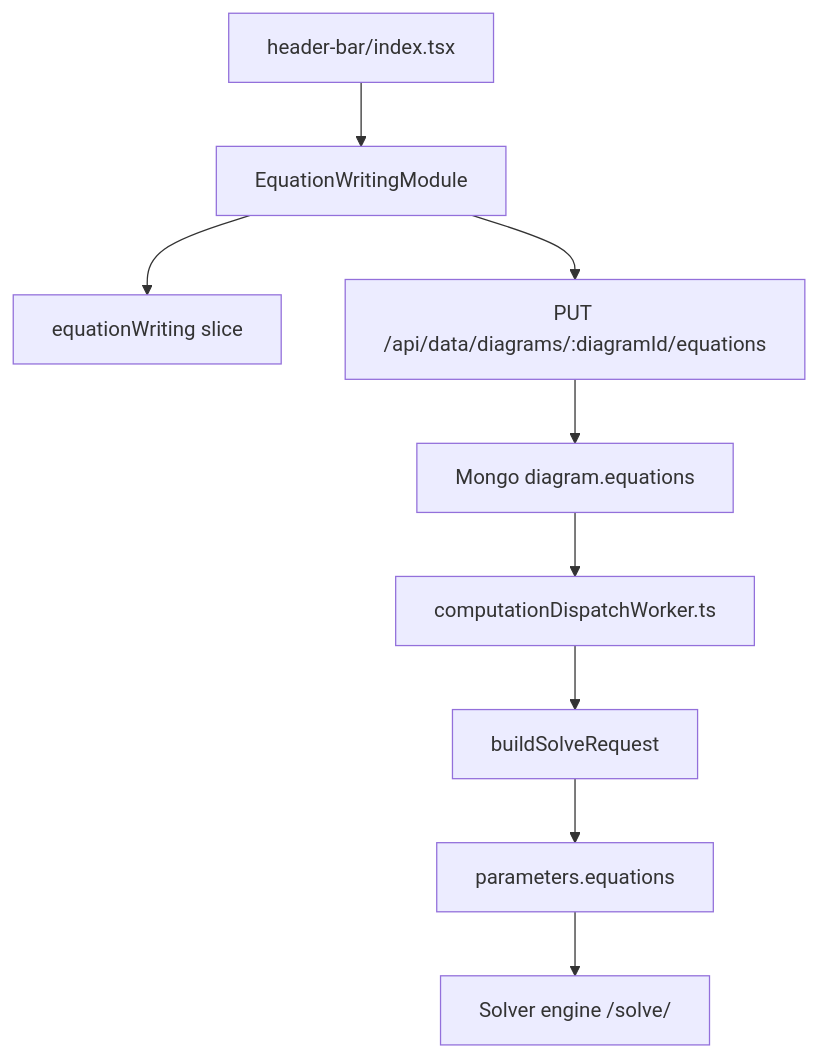
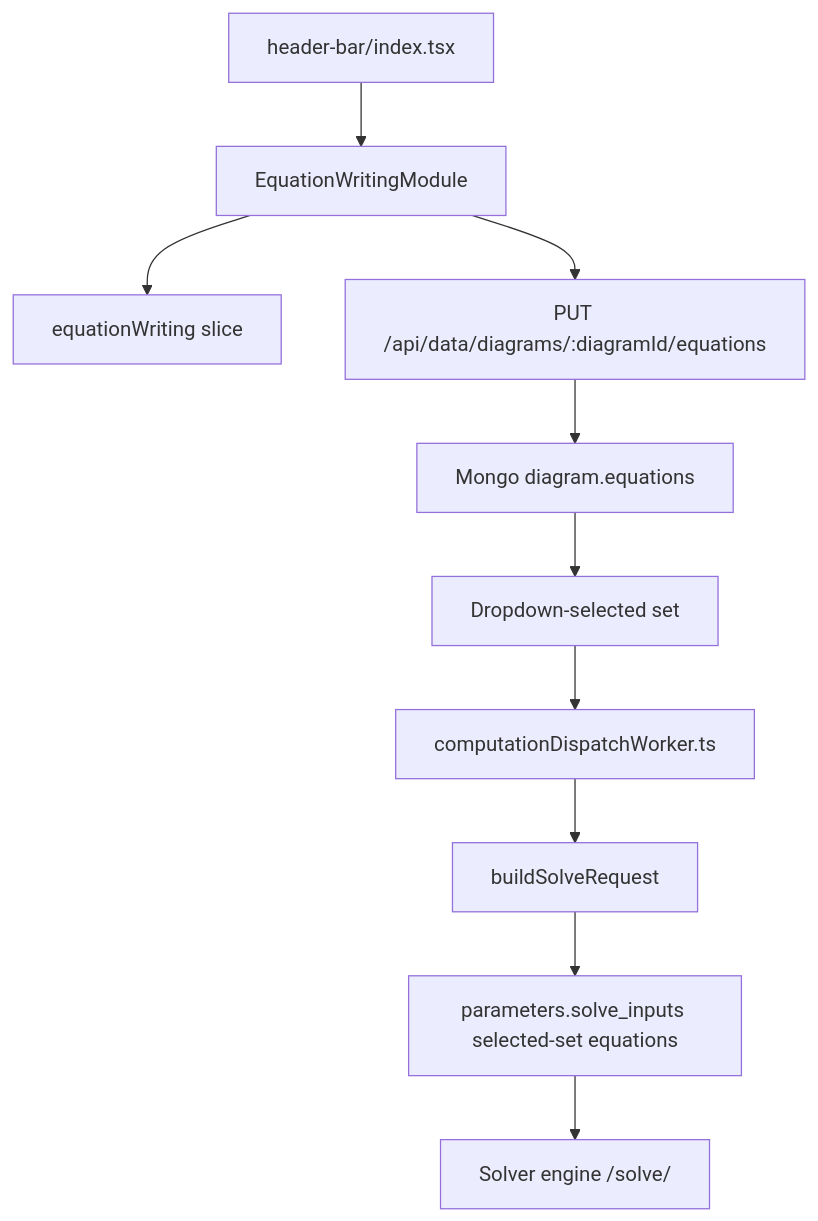
One commit to bluehydrogenplant123/Plant-Modelling-Documentation changed the diagram in static/capstone-assets/CodeExplanation/equation-writing-module.md. Above: the diagram before and after it, drawn with Mermaid. The commit also changed other lines of this file and 6 other files, not shown here.

````diff
--- a/static/capstone-assets/CodeExplanation/equation-writing-module.md
+++ b/static/capstone-assets/CodeExplanation/equation-writing-module.md
@@ -172,11 +174,12 @@
 ```mermaid
 flowchart TD
   Header["header-bar/index.tsx"] --> Modal["EquationWritingModule"]
   Modal --> Redux["equationWriting slice"]
   Modal --> SaveRoute["PUT /api/data/diagrams/:diagramId/equations"]
   SaveRoute --> Mongo["Mongo diagram.equations"]
-  Mongo --> Worker["computationDispatchWorker.ts"]
+  Mongo --> SelectedSet["Dropdown-selected set"]
+  SelectedSet --> Worker["computationDispatchWorker.ts"]
   Worker --> Builder["buildSolveRequest"]
-  Builder --> SolverPayload["parameters.equations"]
+  Builder --> SolverPayload["parameters.solve_inputs selected-set equations"]
   SolverPayload --> Solver["Solver engine /solve/"]
 ```
````
